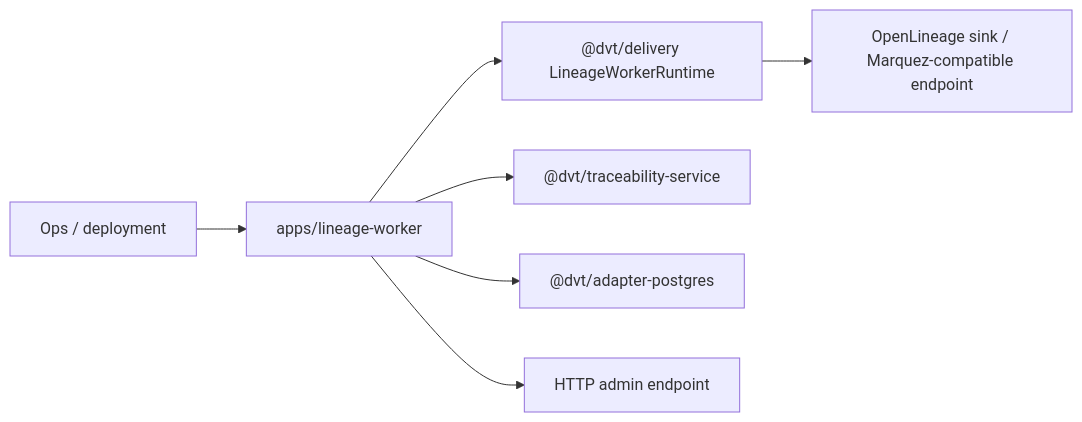
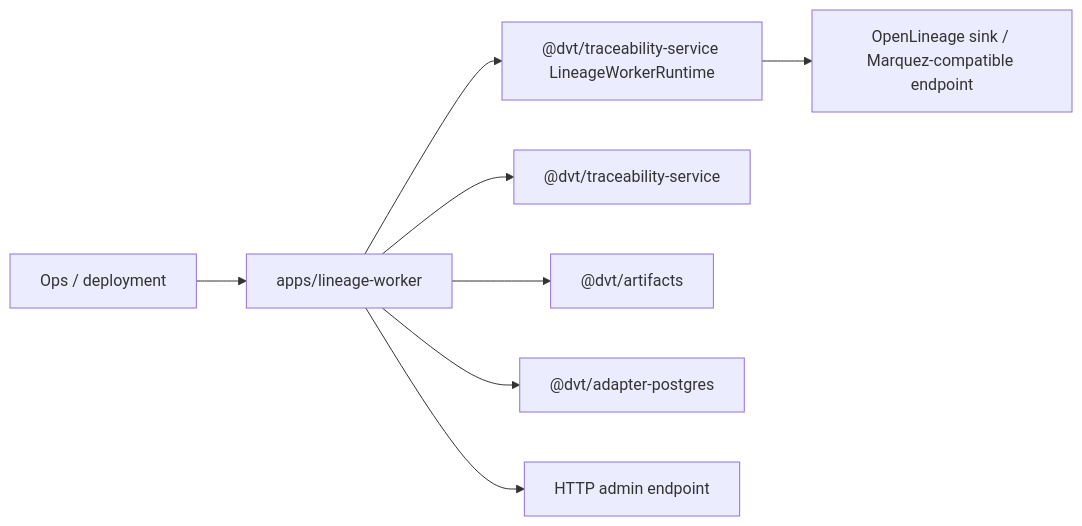
One commit to dunay2/dvt changed the diagram in docs/architecture/components/lineage-worker/index.md. Above: the diagram before and after it, drawn with Mermaid. The commit also changed other lines of this file and 125 other files, not shown here.

````diff
--- a/docs/architecture/components/lineage-worker/index.md
+++ b/docs/architecture/components/lineage-worker/index.md
@@ -26,9 +28,10 @@
 ```mermaid
 flowchart LR
   Ops["Ops / deployment"] --> Worker["apps/lineage-worker"]
-  Worker --> Runtime["@dvt/delivery LineageWorkerRuntime"]
+  Worker --> Runtime["@dvt/traceability-service LineageWorkerRuntime"]
   Worker --> Traceability["@dvt/traceability-service"]
+  Worker --> Artifacts["@dvt/artifacts"]
   Worker --> Postgres["@dvt/adapter-postgres"]
   Runtime --> Sink["OpenLineage sink / Marquez-compatible endpoint"]
   Worker --> Admin["HTTP admin endpoint"]
 ```
````
